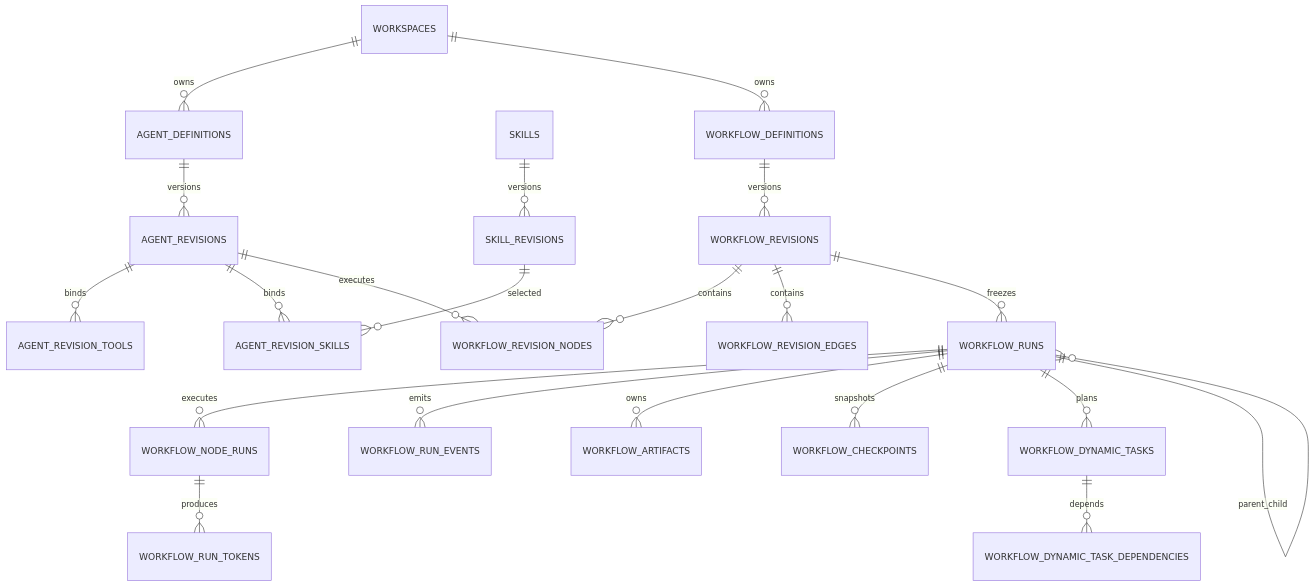
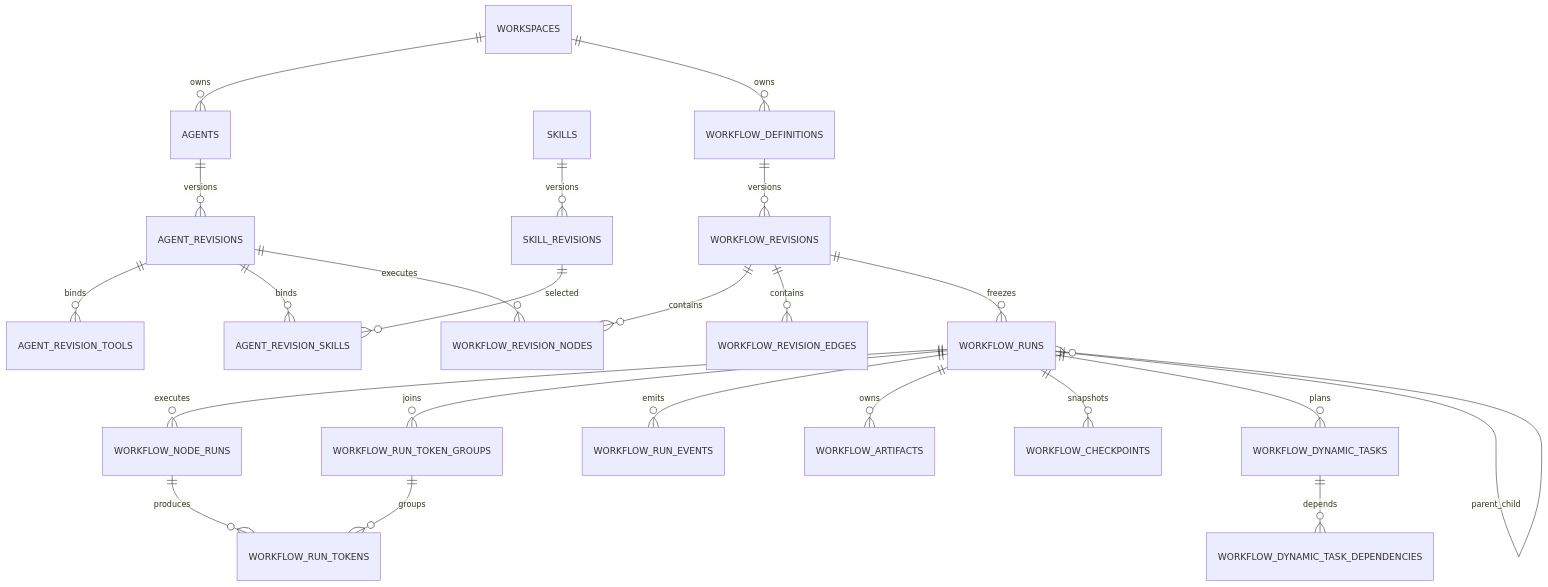
Before and after one commit to is-xianglei/AgentOS: the second of 11 diagrams in docs/multi-agent-orchestration-implementation-plan.md, drawn with Mermaid. The commit also changed other lines of this file, not shown here.

````diff
--- a/docs/multi-agent-orchestration-implementation-plan.md
+++ b/docs/multi-agent-orchestration-implementation-plan.md
@@ -1228,25 +2012,27 @@
 ```mermaid
 erDiagram
-    WORKSPACES ||--o{ AGENT_DEFINITIONS : owns
-    AGENT_DEFINITIONS ||--o{ AGENT_REVISIONS : versions
+    WORKSPACES ||--o{ AGENTS : owns
+    AGENTS ||--o{ AGENT_REVISIONS : versions
     AGENT_REVISIONS ||--o{ AGENT_REVISION_TOOLS : binds
     AGENT_REVISIONS ||--o{ AGENT_REVISION_SKILLS : binds
     SKILLS ||--o{ SKILL_REVISIONS : versions
     SKILL_REVISIONS ||--o{ AGENT_REVISION_SKILLS : selected
 
     WORKSPACES ||--o{ WORKFLOW_DEFINITIONS : owns
     WORKFLOW_DEFINITIONS ||--o{ WORKFLOW_REVISIONS : versions
     WORKFLOW_REVISIONS ||--o{ WORKFLOW_REVISION_NODES : contains
     WORKFLOW_REVISIONS ||--o{ WORKFLOW_REVISION_EDGES : contains
     AGENT_REVISIONS ||--o{ WORKFLOW_REVISION_NODES : executes
 
     WORKFLOW_REVISIONS ||--o{ WORKFLOW_RUNS : freezes
     WORKFLOW_RUNS ||--o{ WORKFLOW_NODE_RUNS : executes
     WORKFLOW_NODE_RUNS ||--o{ WORKFLOW_RUN_TOKENS : produces
+    WORKFLOW_RUNS ||--o{ WORKFLOW_RUN_TOKEN_GROUPS : joins
+    WORKFLOW_RUN_TOKEN_GROUPS ||--o{ WORKFLOW_RUN_TOKENS : groups
     WORKFLOW_RUNS ||--o{ WORKFLOW_RUN_EVENTS : emits
     WORKFLOW_RUNS ||--o{ WORKFLOW_ARTIFACTS : owns
     WORKFLOW_RUNS ||--o{ WORKFLOW_CHECKPOINTS : snapshots
     WORKFLOW_RUNS ||--o{ WORKFLOW_DYNAMIC_TASKS : plans
     WORKFLOW_DYNAMIC_TASKS ||--o{ WORKFLOW_DYNAMIC_TASK_DEPENDENCIES : depends
     WORKFLOW_RUNS ||--o{ WORKFLOW_RUNS : parent_child
 ```
````
